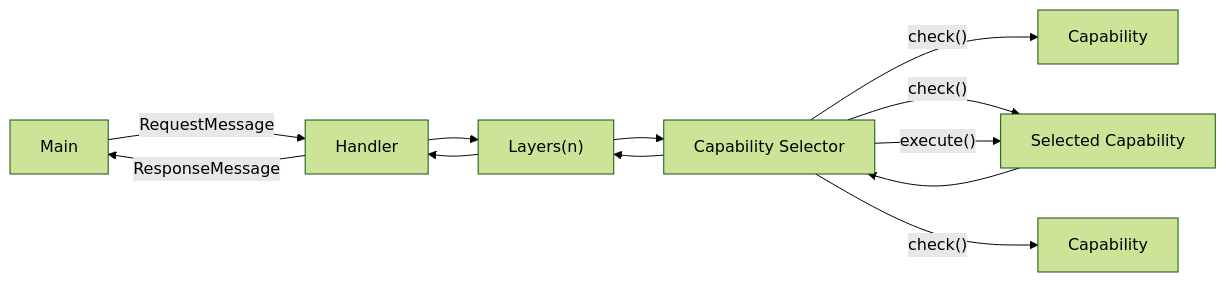
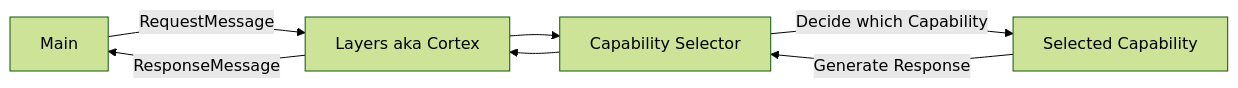
The first of 2 diagrams in README.md (divanvisagie/ratatoskr), drawn with Mermaid (forest theme) before and after one commit. The commit also changed other lines of this file, not shown here.

````diff
--- a/README.md
+++ b/README.md
@@ -15,19 +13,9 @@
 ```mermaid
 graph LR
-M[Main] -- RequestMessage --> H[Handler]
-H --> L["Layers(n)"]
+M[Main] -- RequestMessage --> L[Layers aka Cortex]
 L --> CSL[Capability Selector]
-
-CSL -- "check()"--> C[Capability]
-
-CSL -- "check()" --> C2[Selected Capability]
-C2 -->CSL
-
-CSL -- "check()" --> C3[Capability]
-
-CSL -- "execute()" --> C2
-
+CSL -- Decide which Capability --> C[Selected Capability]
+C -- Generate Response --> CSL
 CSL --> L
-L --> H
-H -- ResponseMessage --> M
+L -- ResponseMessage --> M
 ```
````
